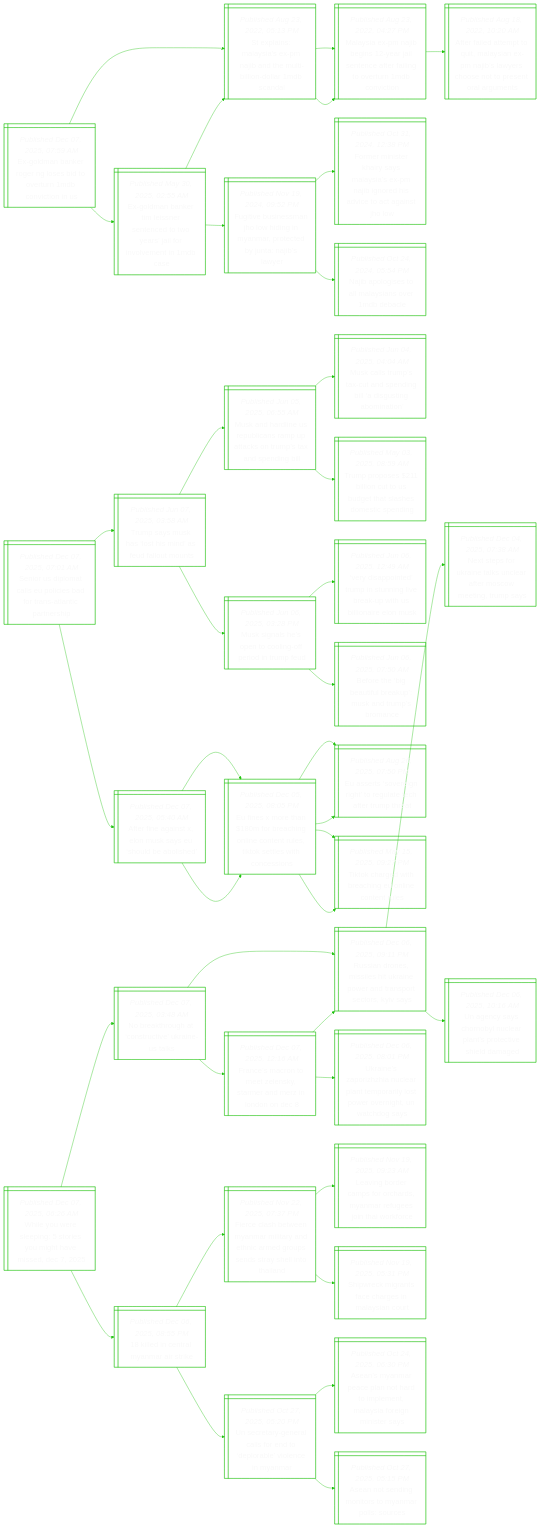
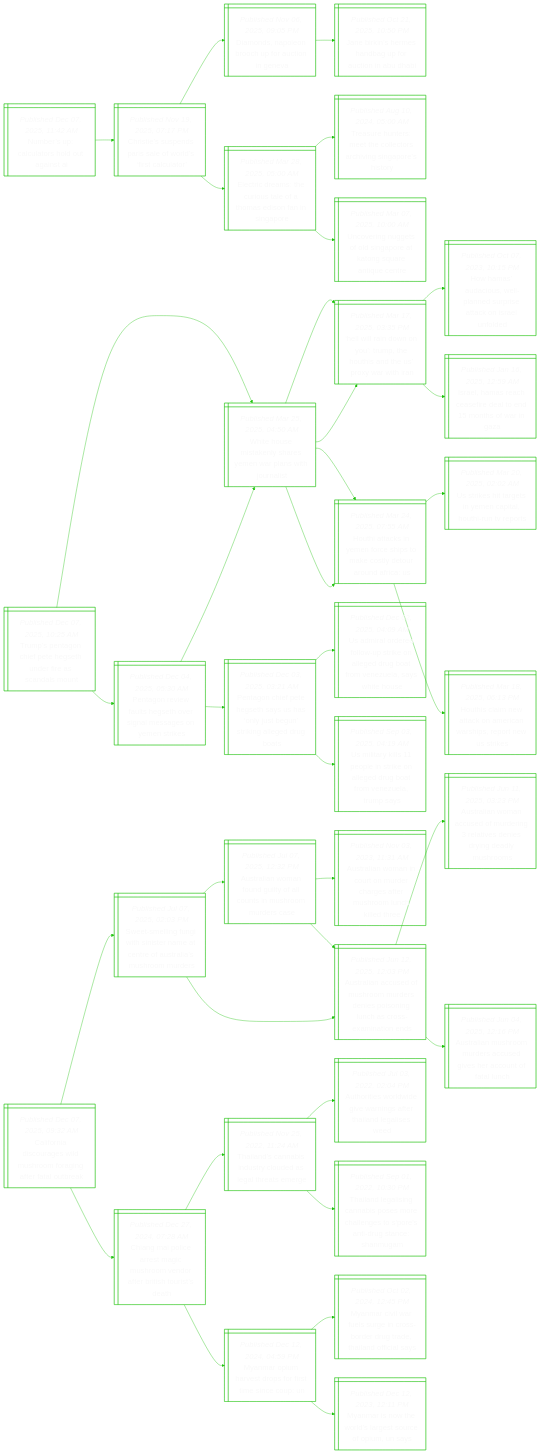
Before and after one commit to notJmes/notJmes: the diagram in README.md, drawn with Mermaid. The commit also changed other lines of this file, not shown here.

````diff
--- a/README.md
+++ b/README.md
@@ -16,127 +16,118 @@
 flowchart LR
 classDef txtsize font-size:20px;
 
-EdaRNetrMniU@{ shape: win-pane, label: "_Published Dec 07, 2025, 07:59 AM_
-Ex-goldman banker roger ng loses bid to overturn 1mdb conviction in us" }
-SlMsxjduinasa@{ shape: win-pane, label: "_Published Aug 23, 2022, 05:13 PM_
-St explains: malaysia's ex-pm najib and the multi-billion-dollar 1mdb scandal" }
-MsPiialefagenot@{ shape: win-pane, label: "_Published Aug 23, 2022, 04:27 PM_
-Malaysia ex-pm najib begins 12-year jail sentence after failing to overturn 1mdb conviction" }
-AfdmqaiPiwceoeaus@{ shape: win-pane, label: "_Published Aug 18, 2022, 10:20 AM_
-After failed attempt to quit, malaysian ex-pm najib’s lawyers choose not to present oral arguments" }
-EdaTiretyjooeMs@{ shape: win-pane, label: "_Published May 30, 2025, 02:55 AM_
-Ex-goldman banker tim leissner sentenced to two years’ jail for involvement in 1mdb case" }
-SlMsxjduinasa@{ shape: win-pane, label: "_Published Aug 23, 2022, 05:13 PM_
-St explains: malaysia's ex-pm najib and the multi-billion-dollar 1mdb scandal" }
-MsPiialefagenot@{ shape: win-pane, label: "_Published Aug 23, 2022, 04:27 PM_
-Malaysia ex-pm najib begins 12-year jail sentence after failing to overturn 1mdb conviction" }
-Fisshhgapcyaby@{ shape: win-pane, label: "_Published Nov 19, 2024, 09:52 PM_
-Fugitive businessman jho low hiding in myanmar, protected by junta: najib’s lawyer" }
-FrshsaiPioiiaaJw@{ shape: win-pane, label: "_Published Oct 31, 2024, 12:38 PM_
-Former minister khairy says malaysia’s ex-pm najib ignored his advice to act against jho low" }
-NagtMsoDa@{ shape: win-pane, label: "_Published Oct 24, 2024, 05:54 PM_
-Najib apologises to all malaysians over 1mdb debacle" }
+NraahuiI@{ shape: win-pane, label: "_Published Dec 07, 2025, 11:42 AM_
+Number’s up: calculators hold out against ai" }
+Ctudieriaa@{ shape: win-pane, label: "_Published Nov 19, 2025, 07:17 PM_
+Christie’s suspends paris sale of world’s ‘first calculator’" }
+Dnpncotnv@{ shape: win-pane, label: "_Published Nov 06, 2025, 09:05 PM_
+Diamonds, napoleon brooch up for auction in geneva" }
+Jisedpunui@{ shape: win-pane, label: "_Published Oct 21, 2025, 10:50 PM_
+Jane birkin’s hermes handbag up for auction in abu dhabi" }
+Erehiaaasnnr@{ shape: win-pane, label: "_Published Mar 28, 2025, 05:00 AM_
+Electric dreams: the curious tale of a thomas edison fan in singapore" }
+TunMhlrhgaso@{ shape: win-pane, label: "_Published Aug 10, 2024, 05:00 AM_
+Treasure hunters: meet the collectors archiving singapore’s history" }
+UentlgetqAut@{ shape: win-pane, label: "_Published Mar 07, 2025, 10:00 AM_
+Uncovering nuggets of old singapore at katong square antique centre" }
 
-EdaRNetrMniU:::txtsize --> SlMsxjduinasa:::txtsize
-SlMsxjduinasa:::txtsize --> MsPiialefagenot:::txtsize
-MsPiialefagenot:::txtsize --> AfdmqaiPiwceoeaus:::txtsize
-EdaRNetrMniU:::txtsize --> EdaTiretyjooeMs:::txtsize
-EdaTiretyjooeMs:::txtsize --> SlMsxjduinasa:::txtsize
-SlMsxjduinasa:::txtsize --> MsPiialefagenot:::txtsize
-EdaTiretyjooeMs:::txtsize --> Fisshhgapcyaby:::txtsize
-Fisshhgapcyaby:::txtsize --> FrshsaiPioiiaaJw:::txtsize
-Fisshhgapcyaby:::txtsize --> NagtMsoDa:::txtsize
+NraahuiI:::txtsize --> Ctudieriaa:::txtsize
+Ctudieriaa:::txtsize --> Dnpncotnv:::txtsize
+Dnpncotnv:::txtsize --> Jisedpunui:::txtsize
+Ctudieriaa:::txtsize --> Erehiaaasnnr:::txtsize
+Erehiaaasnnr:::txtsize --> TunMhlrhgaso:::txtsize
+Erehiaaasnnr:::txtsize --> UentlgetqAut:::txtsize
 
-Srptslsonapep@{ shape: win-pane, label: "_Published Dec 07, 2025, 07:01 AM_
-Senior us diplomat calls eu policies bad for trans-atlantic partnership" }
-Tsushnelms@{ shape: win-pane, label: "_Published Jun 07, 2025, 03:58 AM_
-Trump says musk has ‘lost his mind’ as feud fallout mounts" }
-MndUuamtsuasil@{ shape: win-pane, label: "_Published Jun 05, 2025, 06:55 AM_
-Musk and hardline us republicans ramp up attacks on trump’s tax and spending bill" }
-Marttpnlgnmi@{ shape: win-pane, label: "_Published Jun 04, 2025, 04:04 AM_
-Musk calls trump’s tax-cut and spending bill ‘a disgusting abomination’" }
-TpslcUgasoin@{ shape: win-pane, label: "_Published May 03, 2025, 08:59 AM_
-Trump proposes $211 billion cut to us budget that slashes domestic spending" }
-Mispcnpduu@{ shape: win-pane, label: "_Published Jun 06, 2025, 03:28 PM_
-Musk signals he’s open to cooling-off period in trump feud" }
-Viodpugbuhlals@{ shape: win-pane, label: "_Published Jun 06, 2025, 12:49 AM_
-‘very disappointed’ trump in stunning live break-up with us billionaire elon musk" }
-BeiulksTsa@{ shape: win-pane, label: "_Published Jun 06, 2025, 07:50 AM_
-Before the ‘big beautiful breakup’: musk and trump’s bromance" }
-AfgtnsUlbh@{ shape: win-pane, label: "_Published Dec 07, 2025, 05:40 AM_
-After fine against x, elon musk says eu ‘should be abolished’" }
-EernbhncneTtwos@{ shape: win-pane, label: "_Published Dec 05, 2025, 08:05 PM_
-Eu fines x more than $180m for breaching online content rules, tiktok settles with concessions" }
-Eeoigraceme@{ shape: win-pane, label: "_Published Aug 26, 2025, 07:50 PM_
-Eu asserts ‘sovereign right’ to regulate tech after trump threat" }
-Tkgtaglots@{ shape: win-pane, label: "_Published May 15, 2025, 09:27 PM_
-Tiktok charged with breaching eu online content rules" }
-EernbhncneTtwos@{ shape: win-pane, label: "_Published Dec 05, 2025, 08:05 PM_
-Eu fines x more than $180m for breaching online content rules, tiktok settles with concessions" }
-Eeoigraceme@{ shape: win-pane, label: "_Published Aug 26, 2025, 07:50 PM_
-Eu asserts ‘sovereign right’ to regulate tech after trump threat" }
-Tkgtaglots@{ shape: win-pane, label: "_Published May 15, 2025, 09:27 PM_
-Tiktok charged with breaching eu online content rules" }
+Tsahegufsdo@{ shape: win-pane, label: "_Published Dec 07, 2025, 10:25 AM_
+Trump’s pentagon chief pete hegseth under fire as scandals mount" }
+WHmkssnliui@{ shape: win-pane, label: "_Published Mar 25, 2025, 04:50 AM_
+White house mistakenly shares yemen war plans with journalist" }
+Hiinuposhrah@{ shape: win-pane, label: "_Published Mar 17, 2025, 03:35 PM_
+‘hell will rain down on you’: trump, the houthis and the us’ proxy war with iran" }
+Hmdulnrecsud@{ shape: win-pane, label: "_Published Oct 07, 2023, 10:15 PM_
+How hamas’ audacious, well-planned surprise attack on israel unfolded" }
+Ilshedoooia@{ shape: win-pane, label: "_Published Jan 16, 2025, 12:59 AM_
+Israel, hamas reach ceasefire deal to end 15 months of war in gaza" }
+HicYfsteloofU@{ shape: win-pane, label: "_Published Mar 24, 2025, 07:55 AM_
+Houthi attacks in yemen force ships to make costly detour around africa: us" }
+Uiignntuues@{ shape: win-pane, label: "_Published Mar 20, 2025, 02:02 AM_
+Us strikes hit targets in yemen capital, houthi-run tv reports" }
+Hiiakenhense@{ shape: win-pane, label: "_Published Mar 18, 2025, 06:13 PM_
+Houthis claim new attack on american warships, report new us strikes" }
+PgvaHtrasoei@{ shape: win-pane, label: "_Published Dec 04, 2025, 05:30 AM_
+Pentagon review faults hegseth over signal messages on yemen strikes" }
+WHmkssnliui@{ shape: win-pane, label: "_Published Mar 25, 2025, 04:50 AM_
+White house mistakenly shares yemen war plans with journalist" }
+Hiinuposhrah@{ shape: win-pane, label: "_Published Mar 17, 2025, 03:35 PM_
+‘hell will rain down on you’: trump, the houthis and the us’ proxy war with iran" }
+HicYfsteloofU@{ shape: win-pane, label: "_Published Mar 24, 2025, 07:55 AM_
+Houthi attacks in yemen force ships to make costly detour around africa: us" }
+Pgitsahltnkldb@{ shape: win-pane, label: "_Published Dec 03, 2025, 03:21 AM_
+Pentagon chief pete hegseth says us has ‘only just begun’ striking alleged drug boats" }
+Uirdotoeramzsho@{ shape: win-pane, label: "_Published Dec 02, 2025, 04:09 AM_
+Us admiral ordered follow-up strike on alleged drug boat from venezuela, says white house" }
+UikperngutVura@{ shape: win-pane, label: "_Published Sep 03, 2025, 04:19 AM_
+Us military kills 11 people in strike on alleged drug boat from venezuela, trump says" }
 
-Srptslsonapep:::txtsize --> Tsushnelms:::txtsize
-Tsushnelms:::txtsize --> MndUuamtsuasil:::txtsize
-MndUuamtsuasil:::txtsize --> Marttpnlgnmi:::txtsize
-MndUuamtsuasil:::txtsize --> TpslcUgasoin:::txtsize
-Tsushnelms:::txtsize --> Mispcnpduu:::txtsize
-Mispcnpduu:::txtsize --> Viodpugbuhlals:::txtsize
-Mispcnpduu:::txtsize --> BeiulksTsa:::txtsize
-Srptslsonapep:::txtsize --> AfgtnsUlbh:::txtsize
-AfgtnsUlbh:::txtsize --> EernbhncneTtwos:::txtsize
-EernbhncneTtwos:::txtsize --> Eeoigraceme:::txtsize
-EernbhncneTtwos:::txtsize --> Tkgtaglots:::txtsize
-AfgtnsUlbh:::txtsize --> EernbhncneTtwos:::txtsize
-EernbhncneTtwos:::txtsize --> Eeoigraceme:::txtsize
-EernbhncneTtwos:::txtsize --> Tkgtaglots:::txtsize
+Tsahegufsdo:::txtsize --> WHmkssnliui:::txtsize
+WHmkssnliui:::txtsize --> Hiinuposhrah:::txtsize
+Hiinuposhrah:::txtsize --> Hmdulnrecsud:::txtsize
+Hiinuposhrah:::txtsize --> Ilshedoooia:::txtsize
+WHmkssnliui:::txtsize --> HicYfsteloofU:::txtsize
+HicYfsteloofU:::txtsize --> Uiignntuues:::txtsize
+HicYfsteloofU:::txtsize --> Hiiakenhense:::txtsize
+Tsahegufsdo:::txtsize --> PgvaHtrasoei:::txtsize
+PgvaHtrasoei:::txtsize --> WHmkssnliui:::txtsize
+WHmkssnliui:::txtsize --> Hiinuposhrah:::txtsize
+WHmkssnliui:::txtsize --> HicYfsteloofU:::txtsize
+PgvaHtrasoei:::txtsize --> Pgitsahltnkldb:::txtsize
+Pgitsahltnkldb:::txtsize --> Uirdotoeramzsho:::txtsize
+Pgitsahltnkldb:::txtsize --> UikperngutVura:::txtsize
 
-WYresemhiD@{ shape: win-pane, label: "_Published Dec 07, 2025, 06:26 AM_
-While you were sleeping: 5 stories you might have missed, dec 7, 2025" }
-NaottirUk@{ shape: win-pane, label: "_Published Dec 07, 2025, 03:48 AM_
-No breakthrough at ‘constructive’ ukraine-us talks" }
-RansskerrocKa@{ shape: win-pane, label: "_Published Dec 06, 2025, 09:11 PM_
-Russian drones, missiles hit ukraine power and transport sectors, kyiv says" }
-Ntoaanrrotra@{ shape: win-pane, label: "_Published Dec 04, 2025, 07:38 AM_
-Next steps for ukraine talks unclear after moscow meeting, trump says" }
-Unyrlearthde@{ shape: win-pane, label: "_Published Dec 06, 2025, 10:16 AM_
-Un agency says chornobyl nuclear plant’s protective shield damaged" }
-Fermekrnznn@{ shape: win-pane, label: "_Published Dec 07, 2025, 12:16 AM_
-France’s macron to meet zelensky, starmer and merz in london on dec 8" }
-RansskerrocKa@{ shape: win-pane, label: "_Published Dec 06, 2025, 09:11 PM_
-Russian drones, missiles hit ukraine power and transport sectors, kyiv says" }
-Unphnanpiserttg@{ shape: win-pane, label: "_Published Dec 06, 2025, 08:01 PM_
-Ukraine’s zaporizhzhia nuclear plant temporarily lost power overnight, un watchdog says" }
-kdnMase@{ shape: win-pane, label: "_Published Dec 06, 2025, 08:55 PM_
-18 killed in central myanmar air strike" }
-Feheamadieunreti@{ shape: win-pane, label: "_Published Nov 22, 2025, 07:37 PM_
-Fierce clash between myanmar military and ethnic armed groups sends stray shell into thailand" }
-Lndmrayrgoake@{ shape: win-pane, label: "_Published Nov 19, 2025, 09:23 AM_
-Leaving border camps for orchards, myanmar refugees join thai workforce" }
-SritegMso@{ shape: win-pane, label: "_Published Nov 19, 2025, 05:31 PM_
-Shipwreck migrants face charges in malaysian court" }
-Uryrlrooeenm@{ shape: win-pane, label: "_Published Oct 27, 2025, 05:20 PM_
-Un secretary-general calls for end to ‘deplorable’ violence in myanmar" }
-AsmaahoeMsrmty@{ shape: win-pane, label: "_Published Oct 24, 2025, 06:30 PM_
-Asean’s myanmar peace plan not hard to implement, malaysia foreign minister says" }
-AnnmoMalr@{ shape: win-pane, label: "_Published Oct 27, 2025, 05:15 PM_
-Asean not sending monitors to myanmar polls: sources" }
+Codusmorgrlr@{ shape: win-pane, label: "_Published Dec 07, 2025, 09:32 AM_
+California discourages wild mushroom foraging after fatal outbreak" }
+Ssintintruluod@{ shape: win-pane, label: "_Published Jul 07, 2025, 02:03 PM_
+Sweet-smelling fungi with sinister name at centre of australia’s mushroom murders" }
+Aawfgyltuoda@{ shape: win-pane, label: "_Published Jul 07, 2025, 12:32 PM_
+Australian woman found guilty of all counts in mushroom murders case" }
+Aawiruceehlkde@{ shape: win-pane, label: "_Published Nov 03, 2023, 11:31 AM_
+Australian woman in court on murder charges after mushroom lunch killed three" }
+Aaaeuodepnussios@{ shape: win-pane, label: "_Published Jun 12, 2025, 12:03 PM_
+Australian accused of mushroom murders denies poisoning lunch as cross-examination ends" }
+Aaaeuodepnussios@{ shape: win-pane, label: "_Published Jun 12, 2025, 12:03 PM_
+Australian accused of mushroom murders denies poisoning lunch as cross-examination ends" }
+Aawaeuileiyemo@{ shape: win-pane, label: "_Published Jun 11, 2025, 03:23 PM_
+Australian woman accused of murdering 3 relatives denies drying deadly mushrooms" }
+Aamoraeeanau@{ shape: win-pane, label: "_Published Jun 04, 2025, 12:16 PM_
+Australian mushroom murders accused gives her account of fatal lunch" }
+CgoatcreaBsrd@{ shape: win-pane, label: "_Published Dec 27, 2024, 07:28 AM_
+Chiang mai police arrest magic mushroom vendor after british tourist’s death" }
+Taaiuceehsg@{ shape: win-pane, label: "_Published Nov 25, 2022, 11:24 AM_
+Thailand’s cannabis industry clouded as legal threats emerge" }
+Arsdgageilie@{ shape: win-pane, label: "_Published Jul 03, 2022, 02:04 PM_
+Authorities worldwide give warnings after thailand legalises weed" }
+Taginsscetrtgcnm@{ shape: win-pane, label: "_Published Sep 01, 2022, 10:30 PM_
+Thailand legalising cannabis poses more challenges to s'pore's anti-drug stance: shanmugam" }
+MauvroseeU@{ shape: win-pane, label: "_Published Dec 12, 2024, 04:59 PM_
+Myanmar opium harvest drops for first time since coup: un" }
+Maifsisdudioiy@{ shape: win-pane, label: "_Published Oct 02, 2024, 12:45 PM_
+Myanmar civil war fuels surge in cross-border drug trade, thailand official says" }
+Maowseufmy@{ shape: win-pane, label: "_Published Dec 12, 2023, 12:11 PM_
+Myanmar is now the world’s largest source of opium, un says" }
 
-WYresemhiD:::txtsize --> NaottirUk:::txtsize
-NaottirUk:::txtsize --> RansskerrocKa:::txtsize
-RansskerrocKa:::txtsize --> Ntoaanrrotra:::txtsize
-RansskerrocKa:::txtsize --> Unyrlearthde:::txtsize
-NaottirUk:::txtsize --> Fermekrnznn:::txtsize
-Fermekrnznn:::txtsize --> RansskerrocKa:::txtsize
-Fermekrnznn:::txtsize --> Unphnanpiserttg:::txtsize
-WYresemhiD:::txtsize --> kdnMase:::txtsize
-kdnMase:::txtsize --> Feheamadieunreti:::txtsize
-Feheamadieunreti:::txtsize --> Lndmrayrgoake:::txtsize
-Feheamadieunreti:::txtsize --> SritegMso:::txtsize
-kdnMase:::txtsize --> Uryrlrooeenm:::txtsize
-Uryrlrooeenm:::txtsize --> AsmaahoeMsrmty:::txtsize
-Uryrlrooeenm:::txtsize --> AnnmoMalr:::txtsize
+Codusmorgrlr:::txtsize --> Ssintintruluod:::txtsize
+Ssintintruluod:::txtsize --> Aawfgyltuoda:::txtsize
+Aawfgyltuoda:::txtsize --> Aawiruceehlkde:::txtsize
+Aawfgyltuoda:::txtsize --> Aaaeuodepnussios:::txtsize
+Ssintintruluod:::txtsize --> Aaaeuodepnussios:::txtsize
+Aaaeuodepnussios:::txtsize --> Aawaeuileiyemo:::txtsize
+Aaaeuodepnussios:::txtsize --> Aamoraeeanau:::txtsize
+Codusmorgrlr:::txtsize --> CgoatcreaBsrd:::txtsize
+CgoatcreaBsrd:::txtsize --> Taaiuceehsg:::txtsize
+Taaiuceehsg:::txtsize --> Arsdgageilie:::txtsize
+Taaiuceehsg:::txtsize --> Taginsscetrtgcnm:::txtsize
+CgoatcreaBsrd:::txtsize --> MauvroseeU:::txtsize
+MauvroseeU:::txtsize --> Maifsisdudioiy:::txtsize
+MauvroseeU:::txtsize --> Maowseufmy:::txtsize
 
 ```
````
